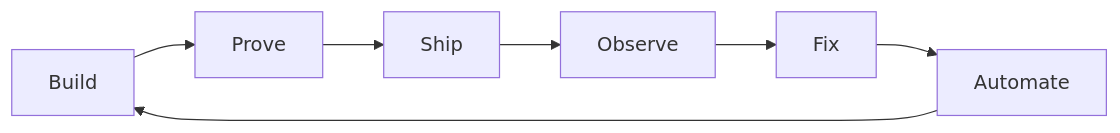
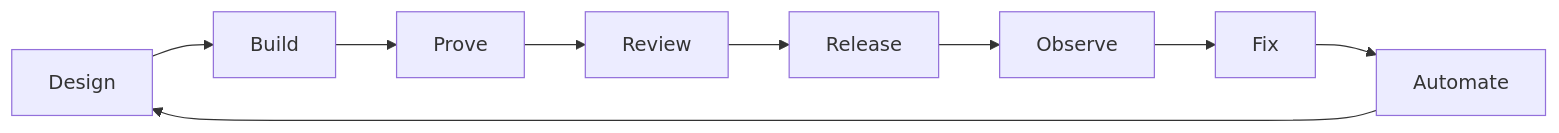
One commit to elearningplugins/elearningplugins changed the diagram in README.md. Above: the diagram before and after it, drawn with Mermaid. The commit also changed other lines of this file, not shown here.

````diff
--- a/README.md
+++ b/README.md
@@ -44,9 +53,11 @@
 ```mermaid
 flowchart LR
+  Design --> Build
   Build --> Prove
-  Prove --> Ship
-  Ship --> Observe
+  Prove --> Review
+  Review --> Release
+  Release --> Observe
   Observe --> Fix
   Fix --> Automate
-  Automate --> Build
+  Automate --> Design
 ```
````
